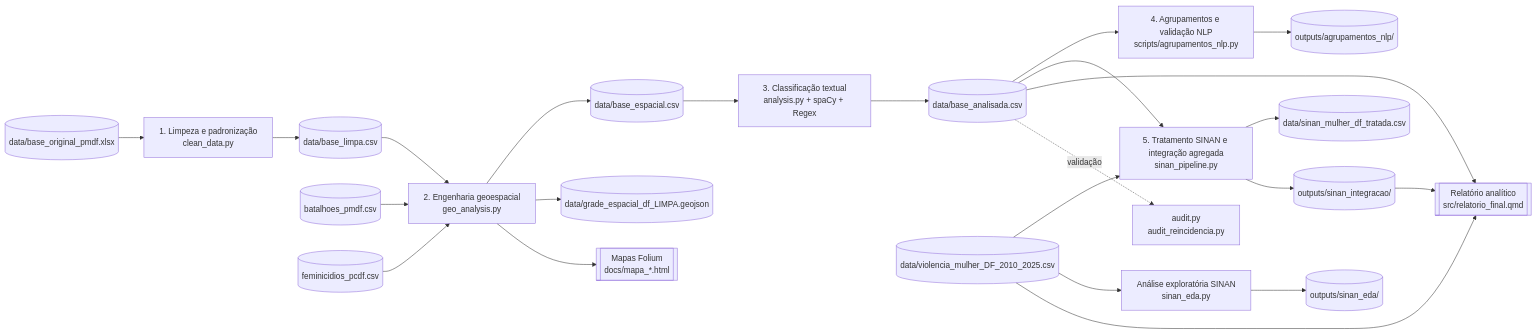
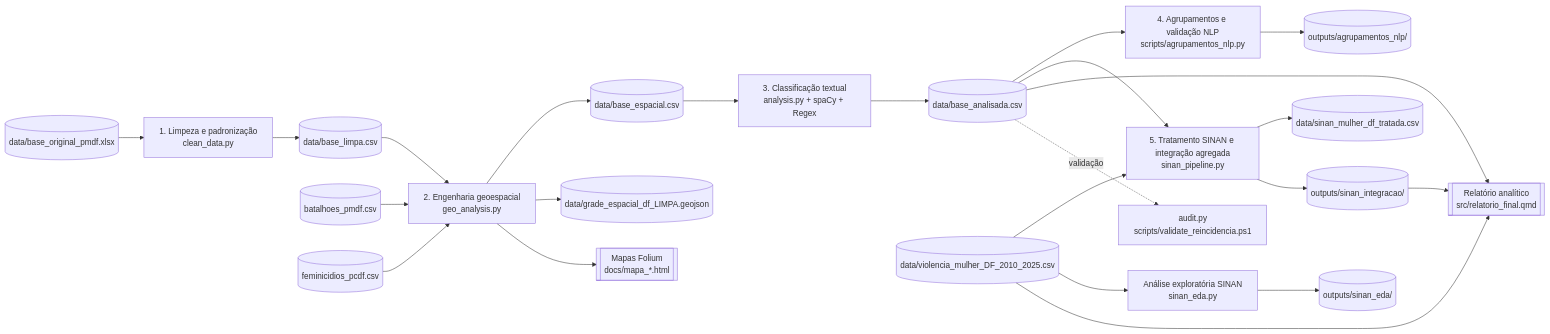
The diagram in README.md (lucas-gpetry/Projeto-Integrador---CEUB), drawn with Mermaid before and after one commit. The commit also changed other lines of this file and 1 other file, not shown here.

````diff
--- a/README.md
+++ b/README.md
@@ -12,32 +12,32 @@
 ```mermaid
 flowchart LR
     A[(data/base_original_pmdf.xlsx)] --> B[1. Limpeza e padronização<br/>clean_data.py]
     B --> B1[(data/base_limpa.csv)]
 
     BAT[(batalhoes_pmdf.csv)] --> C
     FEM[(feminicidios_pcdf.csv)] --> C
     B1 --> C[2. Engenharia geoespacial<br/>geo_analysis.py]
     C --> C1[(data/base_espacial.csv)]
     C --> G[(data/grade_espacial_df_LIMPA.geojson)]
     C --> M[[Mapas Folium<br/>docs/mapa_*.html]]
 
     C1 --> D[3. Classificação textual<br/>analysis.py + spaCy + Regex]
     D --> D1[(data/base_analisada.csv)]
 
     D1 --> N[4. Agrupamentos e validação NLP<br/>scripts/agrupamentos_nlp.py]
     N --> N1[(outputs/agrupamentos_nlp/)]
 
     SINAN[(data/violencia_mulher_DF_2010_2025.csv)] --> S[5. Tratamento SINAN e integração agregada<br/>sinan_pipeline.py]
     D1 --> S
     S --> S1[(data/sinan_mulher_df_tratada.csv)]
     S --> S2[(outputs/sinan_integracao/)]
 
     SINAN --> E[Análise exploratória SINAN<br/>sinan_eda.py]
     E --> E1[(outputs/sinan_eda/)]
 
     D1 --> R[[Relatório analítico<br/>src/relatorio_final.qmd]]
     S2 --> R
     SINAN --> R
 
-    D1 -. validação .-> V[audit.py<br/>audit_reincidencia.py]
+    D1 -. validação .-> V[audit.py<br/>scripts/validate_reincidencia.ps1]
 ```
````
